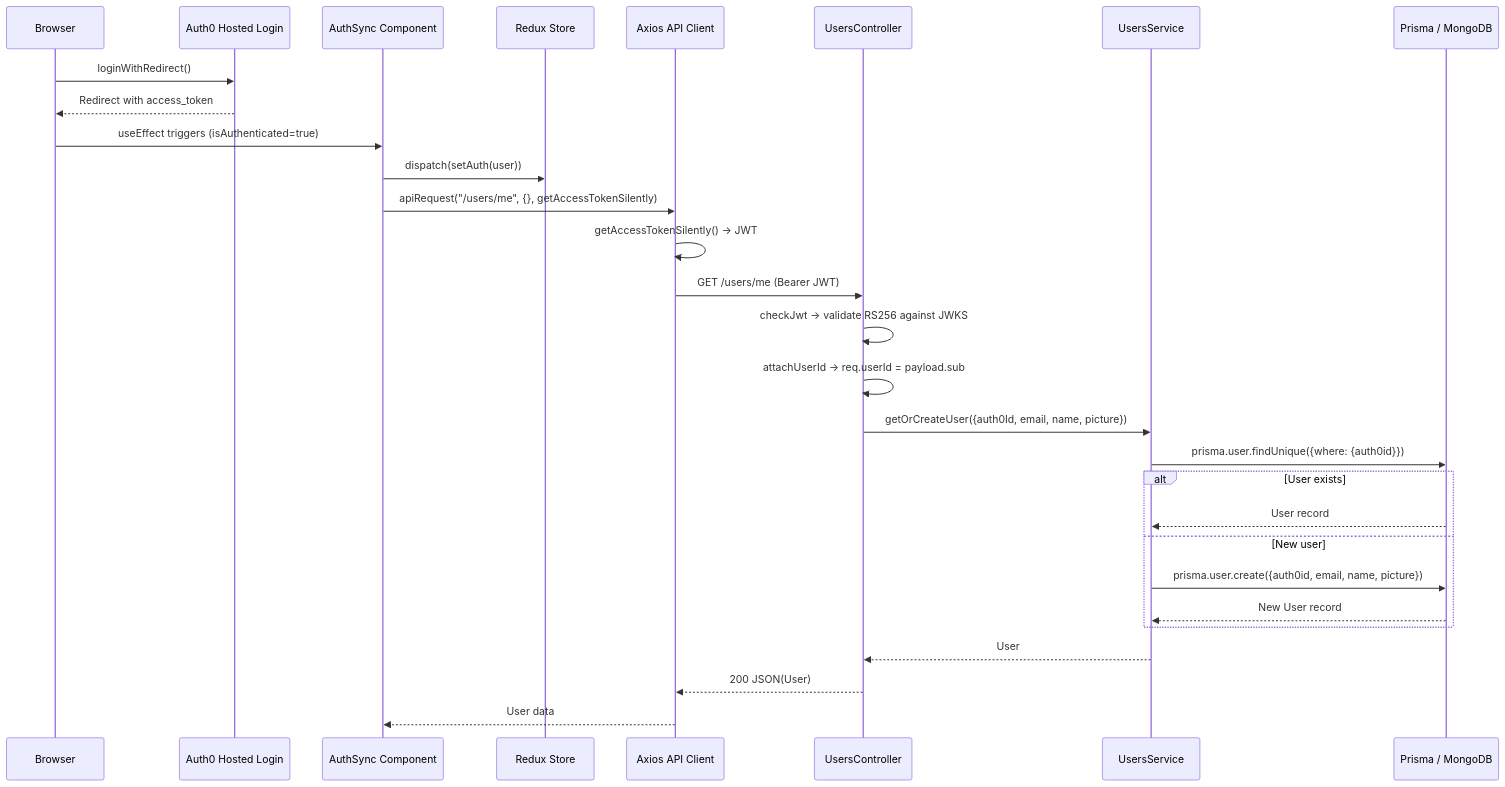
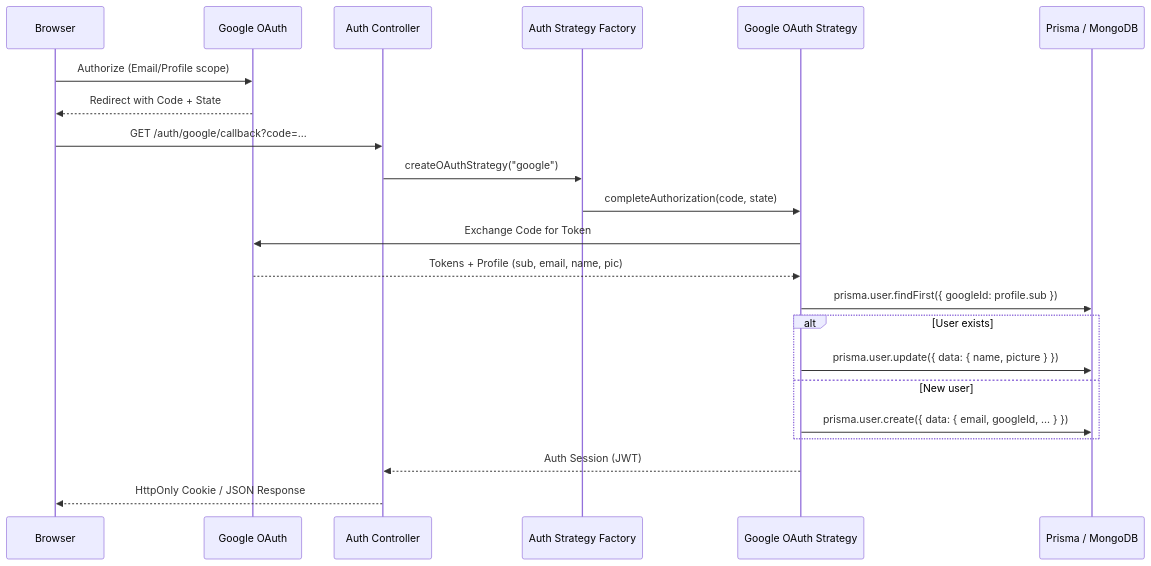
Before and after one commit to HardikGenOne/Flately: the first of 4 diagrams in docs/diagrams/5_sequence_diagrams.md, drawn with Mermaid. The commit also changed other lines of this file and 25 other files, not shown here.

````diff
--- a/docs/diagrams/5_sequence_diagrams.md
+++ b/docs/diagrams/5_sequence_diagrams.md
@@ -5,32 +5,28 @@
 ```mermaid
 sequenceDiagram
     participant B as Browser
-    participant A0 as Auth0 Hosted Login
-    participant AS as AuthSync Component
-    participant RX as Redux Store
-    participant AX as Axios API Client
-    participant UC as UsersController
-    participant US as UsersService
+    participant G as Google OAuth
+    participant AS as Auth Controller
+    participant ST as Auth Strategy Factory
+    participant GS as Google OAuth Strategy
     participant DB as Prisma / MongoDB
 
-    B->>A0: loginWithRedirect()
-    A0-->>B: Redirect with access_token
-    B->>AS: useEffect triggers (isAuthenticated=true)
-    AS->>RX: dispatch(setAuth(user))
-    AS->>AX: apiRequest("/users/me", {}, getAccessTokenSilently)
-    AX->>AX: getAccessTokenSilently() → JWT
-    AX->>UC: GET /users/me (Bearer JWT)
-    UC->>UC: checkJwt → validate RS256 against JWKS
-    UC->>UC: attachUserId → req.userId = payload.sub
-    UC->>US: getOrCreateUser({auth0Id, email, name, picture})
-    US->>DB: prisma.user.findUnique({where: {auth0id}})
+    B->>G: Authorize (Email/Profile scope)
+    G-->>B: Redirect with Code + State
+    B->>AS: GET /auth/google/callback?code=...
+    AS->>ST: createOAuthStrategy("google")
+    ST->>GS: completeAuthorization(code, state)
+    
+    GS->>G: Exchange Code for Token
+    G-->>GS: Tokens + Profile (sub, email, name, pic)
+    
+    GS->>DB: prisma.user.findFirst({ googleId: profile.sub })
     alt User exists
-        DB-->>US: User record
+        GS->>DB: prisma.user.update({ data: { name, picture } })
     else New user
-        US->>DB: prisma.user.create({auth0id, email, name, picture})
-        DB-->>US: New User record
+        GS->>DB: prisma.user.create({ data: { email, googleId, ... } })
     end
-    US-->>UC: User
-    UC-->>AX: 200 JSON(User)
-    AX-->>AS: User data
+    
+    GS-->>AS: Auth Session (JWT)
+    AS-->>B: HttpOnly Cookie / JSON Response
 ```
````
